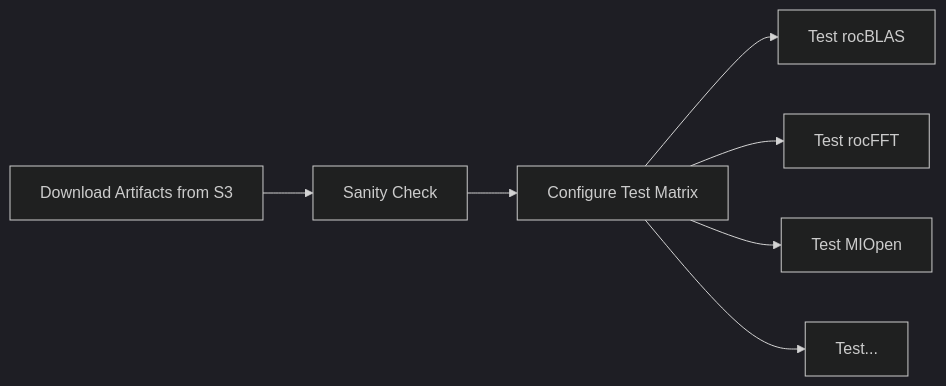
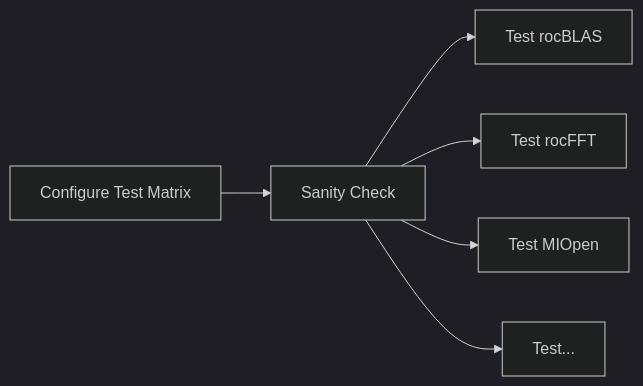
The third of 3 diagrams in docs/development/ci_overview.md (ROCm/TheRock), drawn with Mermaid (dark theme) before and after one commit. The commit also changed other lines of this file and 1 other file, not shown here.

````diff
--- a/docs/development/ci_overview.md
+++ b/docs/development/ci_overview.md
@@ -91,9 +81,8 @@
 ```mermaid
 graph LR
-    A[Download Artifacts from S3] --> B[Sanity Check]
-    B --> C[Configure Test Matrix]
+    A[Configure Test Matrix] --> C[Sanity Check]
     C --> D1[Test rocBLAS]
     C --> D2[Test rocFFT]
     C --> D3[Test MIOpen]
     C --> D4[Test...]
 ```
````
